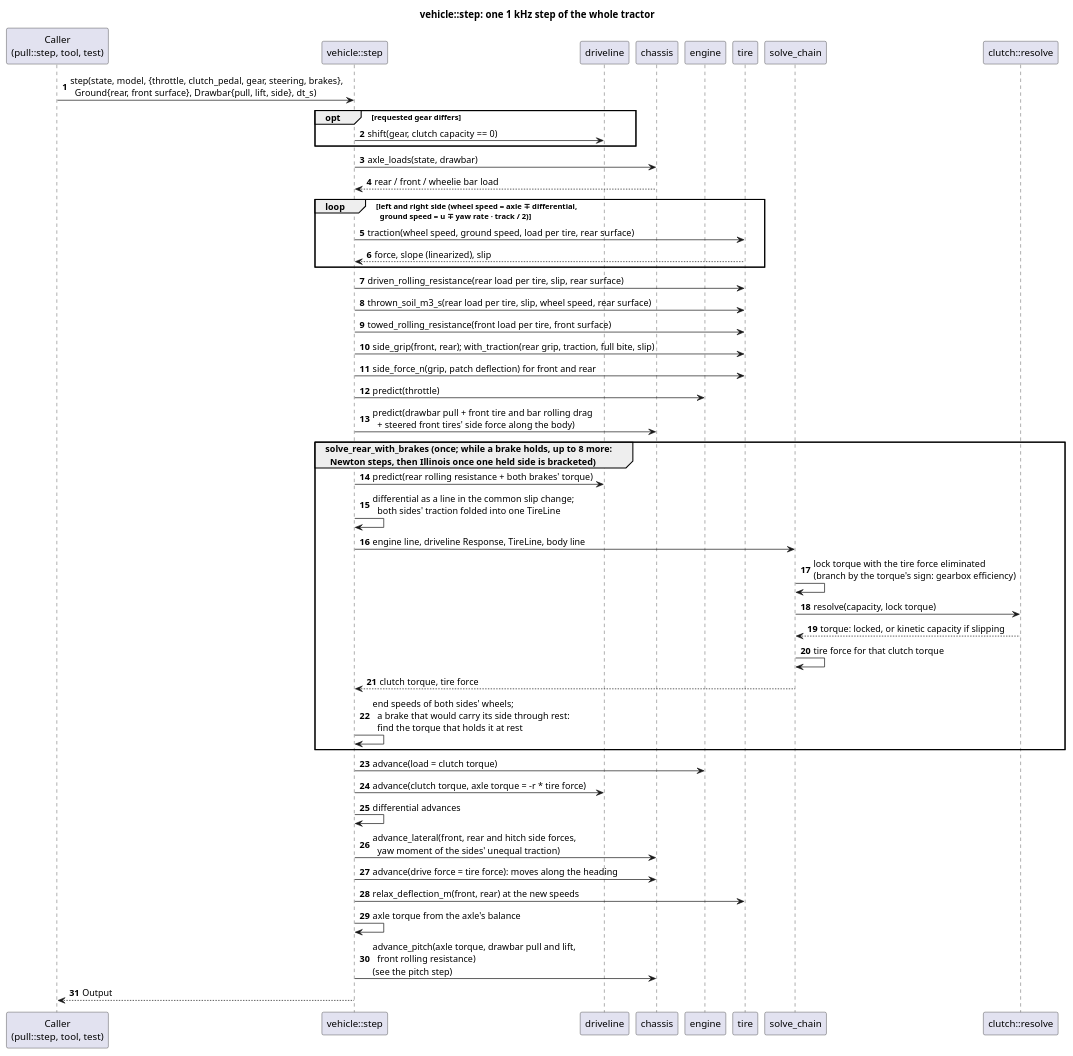
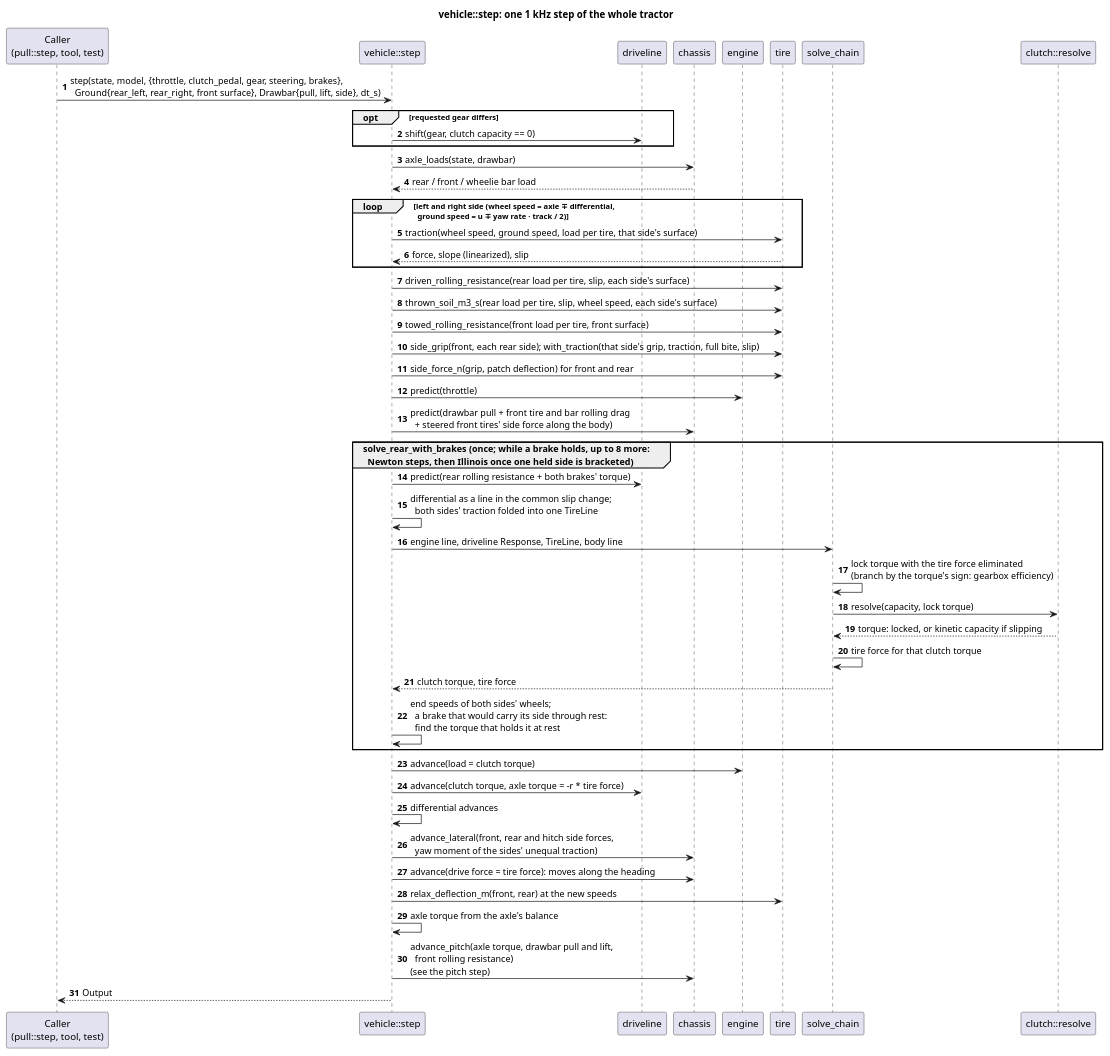
The diagram in docs/diagrams/vehicle_step_sequence.puml (wversteeg/TractorPulling), drawn with PlantUML before and after one commit. The commit also changed 82 other files, not shown here.

```diff
--- a/docs/diagrams/vehicle_step_sequence.puml
+++ b/docs/diagrams/vehicle_step_sequence.puml
@@ -1,50 +1,50 @@
 @startuml vehicle_step_sequence
 title vehicle::step: one 1 kHz step of the whole tractor
 autonumber
 participant "Caller\n(pull::step, tool, test)" as Caller
 participant "vehicle::step" as Step
 participant "driveline" as Driveline
 participant "chassis" as Chassis
 participant "engine" as Engine
 participant "tire" as Tire
 participant "solve_chain" as Solve
 participant "clutch::resolve" as Clutch
 
-Caller -> Step : step(state, model, {throttle, clutch_pedal, gear, steering, brakes},\n  Ground{rear, front surface}, Drawbar{pull, lift, side}, dt_s)
+Caller -> Step : step(state, model, {throttle, clutch_pedal, gear, steering, brakes},\n  Ground{rear_left, rear_right, front surface}, Drawbar{pull, lift, side}, dt_s)
 opt requested gear differs
   Step -> Driveline : shift(gear, clutch capacity == 0)
 end
 Step -> Chassis : axle_loads(state, drawbar)
 Chassis --> Step : rear / front / wheelie bar load
 loop left and right side (wheel speed = axle ∓ differential,\n  ground speed = u ∓ yaw rate · track / 2)
-  Step -> Tire : traction(wheel speed, ground speed, load per tire, rear surface)
+  Step -> Tire : traction(wheel speed, ground speed, load per tire, that side's surface)
   Tire --> Step : force, slope (linearized), slip
 end
-Step -> Tire : driven_rolling_resistance(rear load per tire, slip, rear surface)
-Step -> Tire : thrown_soil_m3_s(rear load per tire, slip, wheel speed, rear surface)
+Step -> Tire : driven_rolling_resistance(rear load per tire, slip, each side's surface)
+Step -> Tire : thrown_soil_m3_s(rear load per tire, slip, wheel speed, each side's surface)
 Step -> Tire : towed_rolling_resistance(front load per tire, front surface)
-Step -> Tire : side_grip(front, rear); with_traction(rear grip, traction, full bite, slip)
+Step -> Tire : side_grip(front, each rear side); with_traction(that side's grip, traction, full bite, slip)
 Step -> Tire : side_force_n(grip, patch deflection) for front and rear
 Step -> Engine : predict(throttle)
 Step -> Chassis : predict(drawbar pull + front tire and bar rolling drag\n  + steered front tires' side force along the body)
 group solve_rear_with_brakes (once; while a brake holds, up to 8 more:\n  Newton steps, then Illinois once one held side is bracketed)
 Step -> Driveline : predict(rear rolling resistance + both brakes' torque)
 Step -> Step : differential as a line in the common slip change;\n  both sides' traction folded into one TireLine
 Step -> Solve : engine line, driveline Response, TireLine, body line
 Solve -> Solve : lock torque with the tire force eliminated\n(branch by the torque's sign: gearbox efficiency)
 Solve -> Clutch : resolve(capacity, lock torque)
 Clutch --> Solve : torque: locked, or kinetic capacity if slipping
 Solve -> Solve : tire force for that clutch torque
 Solve --> Step : clutch torque, tire force
 Step -> Step : end speeds of both sides' wheels;\n  a brake that would carry its side through rest:\n  find the torque that holds it at rest
 end
 Step -> Engine : advance(load = clutch torque)
 Step -> Driveline : advance(clutch torque, axle torque = -r * tire force)
 Step -> Step : differential advances
 Step -> Chassis : advance_lateral(front, rear and hitch side forces,\n  yaw moment of the sides' unequal traction)
 Step -> Chassis : advance(drive force = tire force): moves along the heading
 Step -> Tire : relax_deflection_m(front, rear) at the new speeds
 Step -> Step : axle torque from the axle's balance
 Step -> Chassis : advance_pitch(axle torque, drawbar pull and lift,\n  front rolling resistance)\n(see the pitch step)
 Step --> Caller : Output
 @enduml
```
